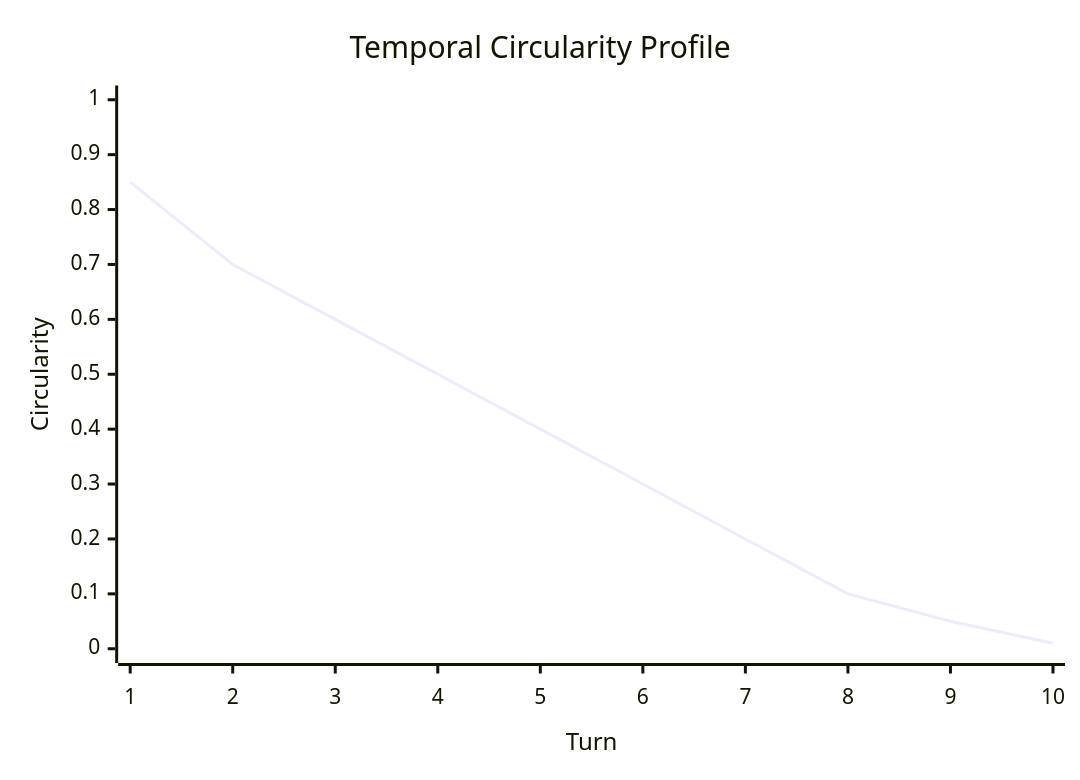
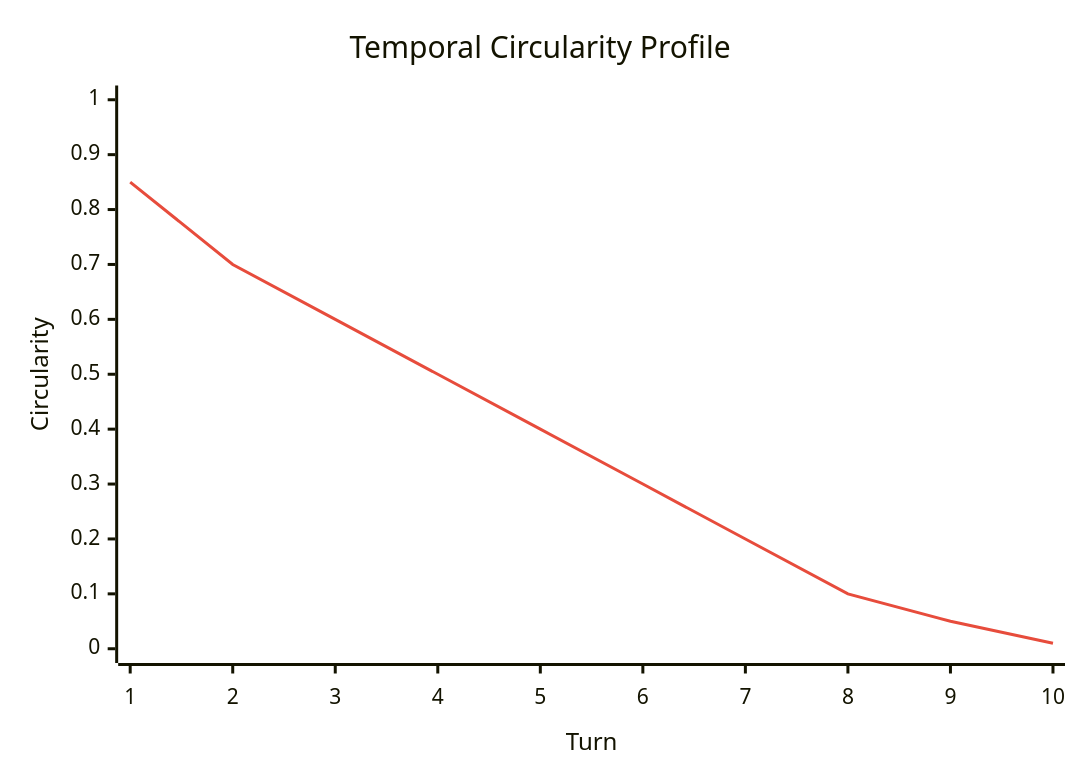
One commit to sivanhavkin/Entelgia changed the fourth of 4 diagrams in research.md. Above: the diagram before and after it, drawn with Mermaid. The commit also changed other lines of this file, not shown here.

Commit message:
Fix graph columns visibility in research.md with mermaid theme directives

````diff
--- a/research.md
+++ b/research.md
@@ -171,7 +174,8 @@
 ```mermaid
+%%{init: {'theme': 'base', 'themeVariables': {'xyChart': {'plotColorPalette': '#e74c3c'}}}}%%
 xychart-beta
     title "Temporal Circularity Profile"
     x-axis "Turn" [1, 2, 3, 4, 5, 6, 7, 8, 9, 10]
     y-axis "Circularity" 0 --> 1
     line [0.85, 0.70, 0.60, 0.50, 0.40, 0.30, 0.20, 0.10, 0.05, 0.01]
 ```
````
